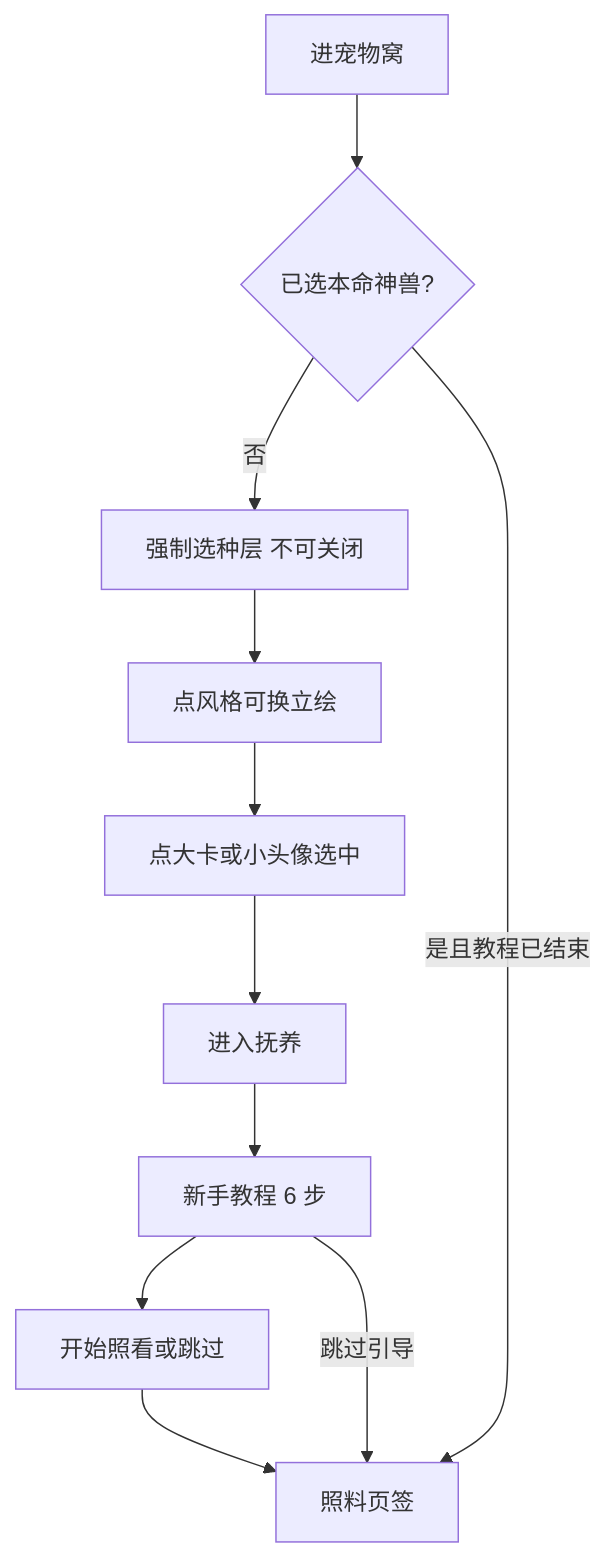
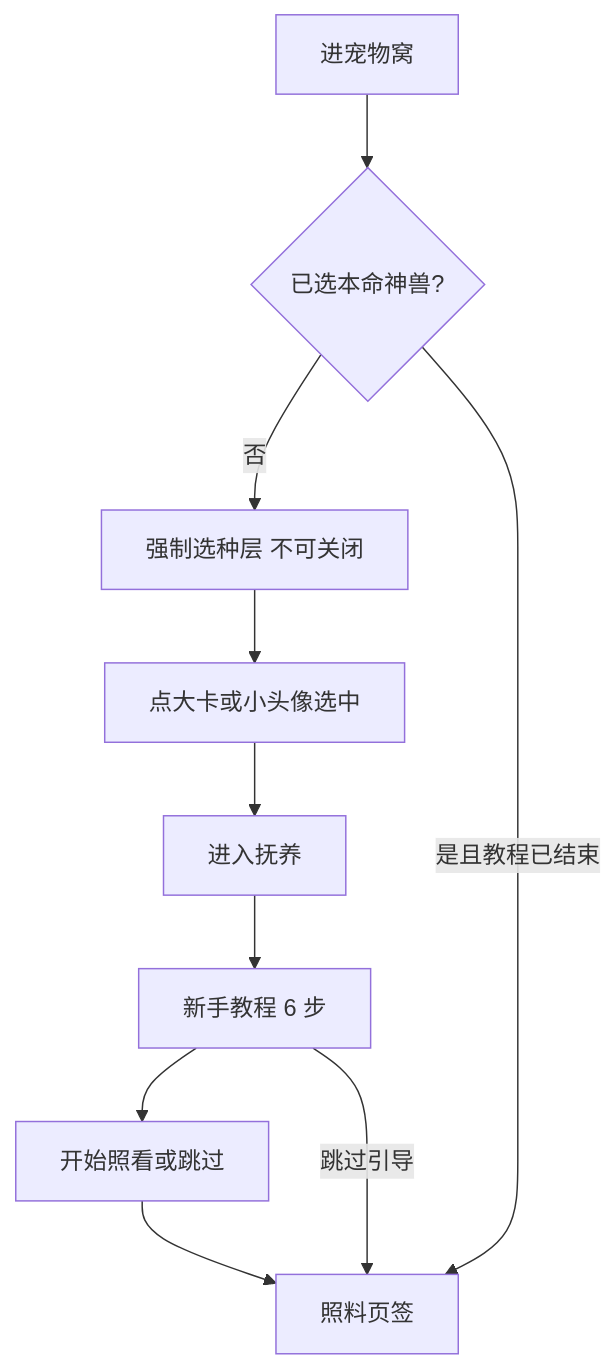
Before and after one commit to huasabrina8-dotcom/qq-pet-vip-prototype: the first of 8 diagrams in docs/萌宠乐园-宠物窝交互说明.md, drawn with Mermaid. The commit also changed other lines of this file and 147 other files, not shown here.

````diff
--- a/docs/萌宠乐园-宠物窝交互说明.md
+++ b/docs/萌宠乐园-宠物窝交互说明.md
@@ -513,13 +525,12 @@
 ```mermaid
 flowchart TD
   A[进宠物窝] --> B{已选本命神兽?}
   B -->|否| C[强制选种层 不可关闭]
-  C --> D[点风格可换立绘]
-  D --> E[点大卡或小头像选中]
+  C --> E[点大卡或小头像选中]
   E --> F[进入抚养]
   F --> G[新手教程 6 步]
   G --> H[开始照看或跳过]
   H --> I[照料页签]
   G -->|跳过引导| I
   B -->|是且教程已结束| I
 ```
````
